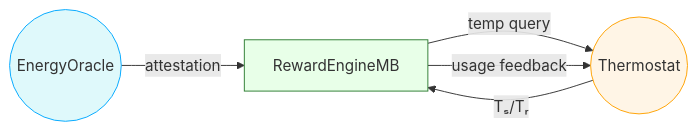
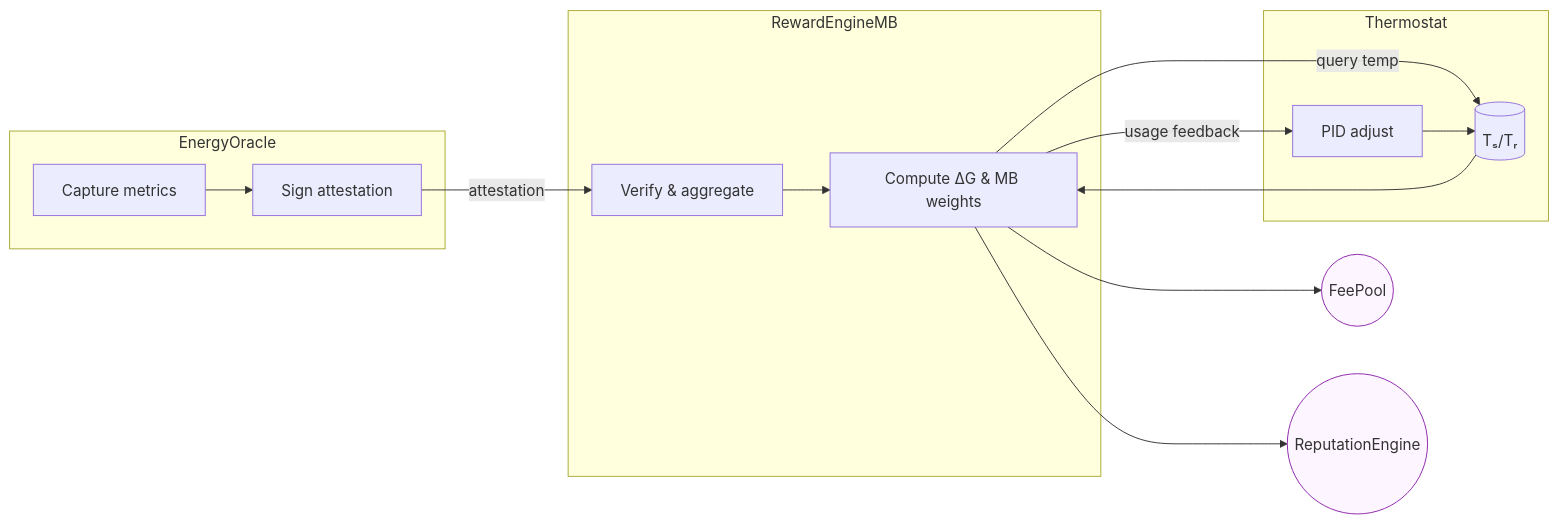
One commit to MontrealAI/AGIJobsv0 changed the first of 5 diagrams in docs/universal-platform-incentive-architecture.md. Above: the diagram before and after it, drawn with Mermaid. The commit also changed 2 other files, not shown here.

Commit message:
docs: add thermodynamic incentive diagrams

````diff
--- a/docs/universal-platform-incentive-architecture.md
+++ b/docs/universal-platform-incentive-architecture.md
@@ -27,11 +27,32 @@
 ```mermaid
 flowchart LR
     classDef oracle fill:#dff9fb,stroke:#00a8ff,stroke-width:1px;
     classDef engine fill:#e8ffe8,stroke:#2e7d32,stroke-width:1px;
     classDef thermo fill:#fff5e6,stroke:#ffa200,stroke-width:1px;
+    classDef out fill:#fdf5ff,stroke:#8e24aa,stroke-width:1px;
 
-    EO((EnergyOracle)):::oracle -- attestation --> RE[RewardEngineMB]:::engine
-    RE -- temp query --> TH((Thermostat)):::thermo
-    TH -- Tₛ/Tᵣ --> RE
-    RE -- usage feedback --> TH
+    subgraph EO["EnergyOracle"]
+        EO1[Capture metrics]
+        EO2[Sign attestation]
+    end
+
+    subgraph RE["RewardEngineMB"]
+        RE1[Verify & aggregate]
+        RE2[Compute ΔG & MB weights]
+    end
+
+    subgraph TH["Thermostat"]
+        TH1[(Tₛ/Tᵣ)]
+        TH2[PID adjust]
+    end
+
+    EO1 --> EO2
+    EO2 -->|attestation| RE1
+    RE1 --> RE2
+    RE2 -->|query temp| TH1
+    TH1 --> RE2
+    RE2 -->|usage feedback| TH2
+    TH2 --> TH1
+    RE2 --> FP((FeePool)):::out
+    RE2 --> REP((ReputationEngine)):::out
 ```
````
